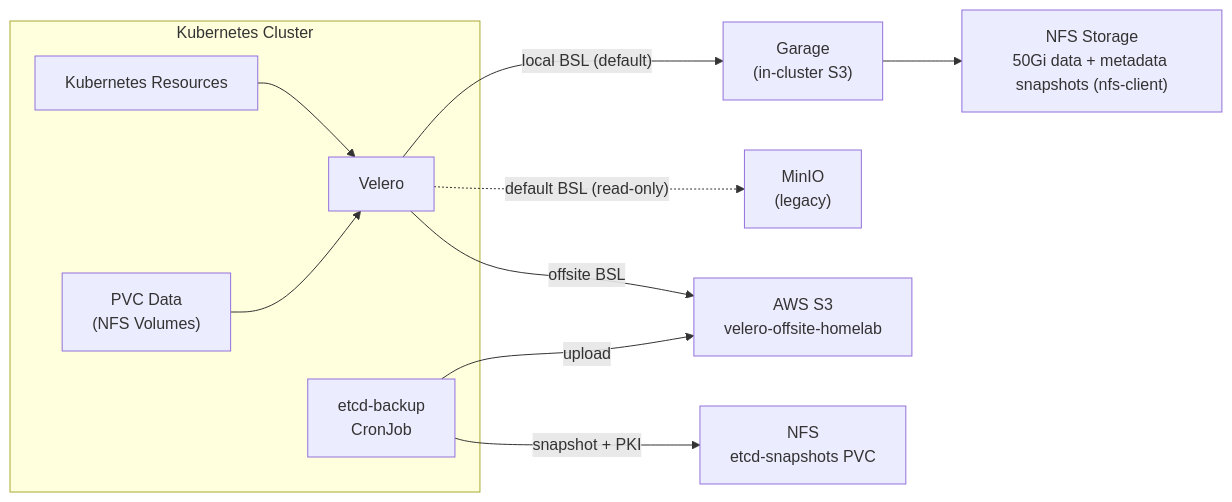
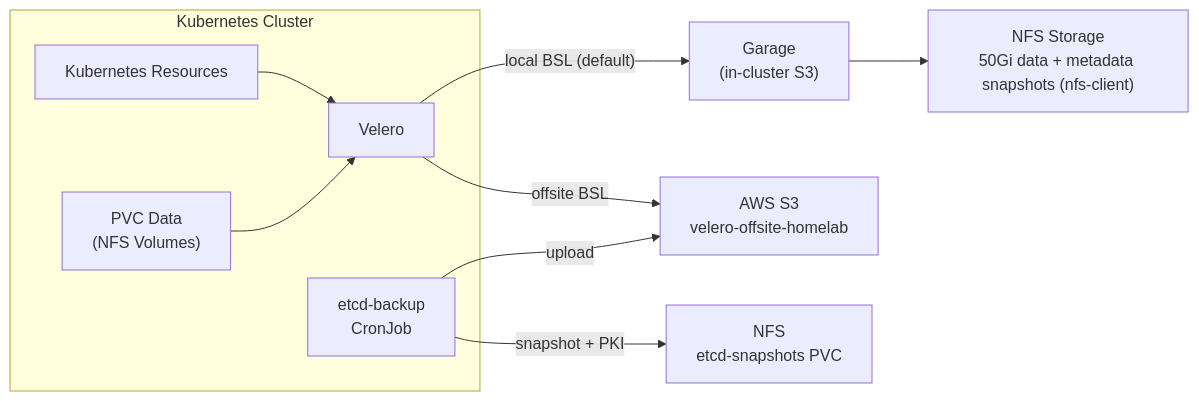
Before and after one commit to kyleseneker/homelab: the first of 3 diagrams in docs/architecture/backups.md, drawn with Mermaid. The commit also changed other lines of this file and 19 other files, not shown here.

Commit message:
docs(backups): remove MinIO now that Garage is the only local target

````diff
--- a/docs/architecture/backups.md
+++ b/docs/architecture/backups.md
@@ -9,15 +9,14 @@
 ```mermaid
 flowchart LR
     subgraph cluster["Kubernetes Cluster"]
         resources["Kubernetes Resources"] --> velero["Velero"]
         pvcData["PVC Data\n(NFS Volumes)"] --> velero
         etcdCron["etcd-backup\nCronJob"]
     end
 
     velero -->|"local BSL (default)"| garage["Garage\n(in-cluster S3)"]
-    velero -.->|"default BSL (read-only)"| minio["MinIO\n(legacy)"]
     velero -->|"offsite BSL"| s3["AWS S3\nvelero-offsite-homelab"]
     garage --> nfsStorage["NFS Storage\n50Gi data + metadata snapshots (nfs-client)"]
     etcdCron -->|"snapshot + PKI"| nfsSnap["NFS\netcd-snapshots PVC"]
     etcdCron -->|"upload"| s3
 ```
````
